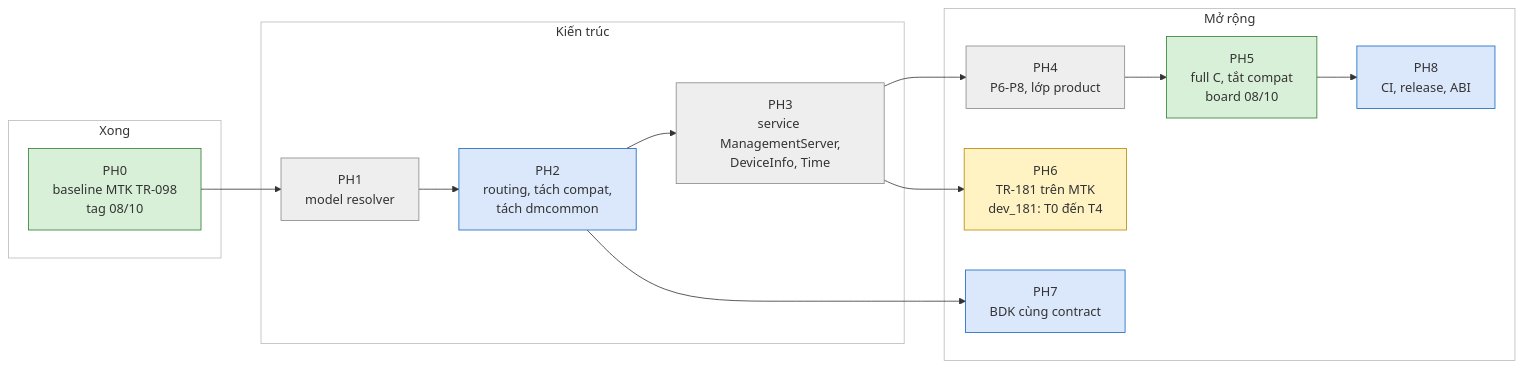
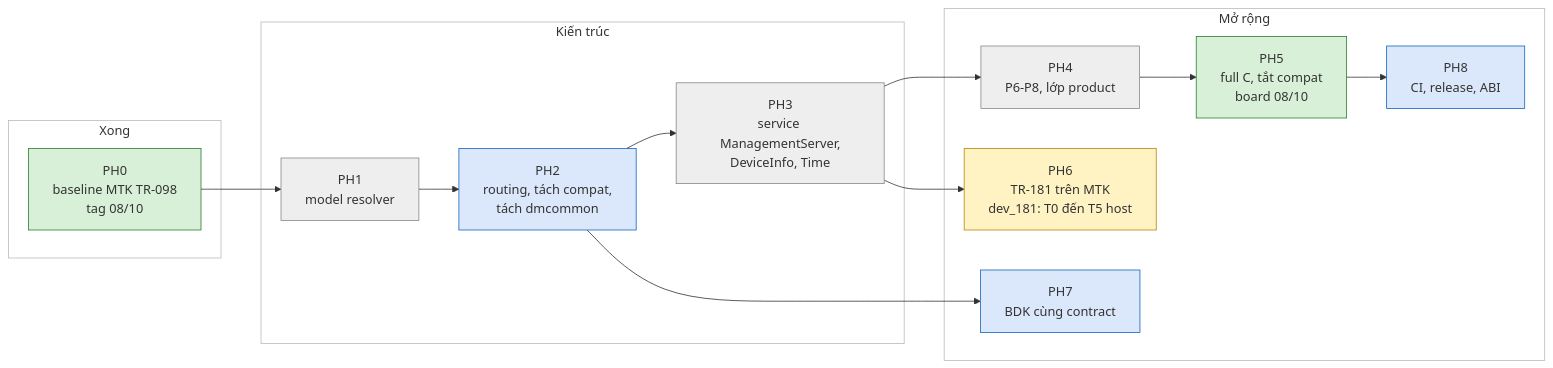
Before and after one commit to tunguyenvanbn94/icwmpMultiSdk: the diagram in docs/handover/icwmp_progress_matrix.md, drawn with Mermaid. The commit also changed other lines of this file and 17 other files, not shown here.

````diff
--- a/docs/handover/icwmp_progress_matrix.md
+++ b/docs/handover/icwmp_progress_matrix.md
@@ -17,34 +17,34 @@
 ```mermaid
 flowchart LR
     subgraph NOW["Xong"]
         PH0["PH0<br/>baseline MTK TR-098<br/>tag 08/10"]
     end
     subgraph NEXT["Kiến trúc"]
         PH1["PH1<br/>model resolver"]
         PH2["PH2<br/>routing, tách compat,<br/>tách dmcommon"]
         PH3["PH3<br/>service ManagementServer,<br/>DeviceInfo, Time"]
     end
     subgraph LATER["Mở rộng"]
         PH4["PH4<br/>P6-P8, lớp product"]
         PH5["PH5<br/>full C, tắt compat<br/>board 08/10"]
-        PH6["PH6<br/>TR-181 trên MTK<br/>dev_181: T0 đến T4"]
+        PH6["PH6<br/>TR-181 trên MTK<br/>dev_181: T0 đến T5 host"]
         PH7["PH7<br/>BDK cùng contract"]
         PH8["PH8<br/>CI, release, ABI"]
     end
     PH0 --> PH1 --> PH2 --> PH3 --> PH4 --> PH5
     PH3 --> PH6
     PH2 --> PH7
     PH5 --> PH8
     style NOW fill:#ffffff,stroke:#bbbbbb
     style NEXT fill:#ffffff,stroke:#bbbbbb
     style LATER fill:#ffffff,stroke:#bbbbbb
     style PH0 fill:#d8f0d8,stroke:#2e7d32
     style PH2 fill:#dbe8fb,stroke:#1565c0
     style PH7 fill:#dbe8fb,stroke:#1565c0
     style PH8 fill:#dbe8fb,stroke:#1565c0
     style PH1 fill:#eeeeee,stroke:#888888
     style PH3 fill:#eeeeee,stroke:#888888
     style PH4 fill:#eeeeee,stroke:#888888
     style PH5 fill:#d8f0d8,stroke:#2e7d32
     style PH6 fill:#fff3c4,stroke:#b58900
 ```
````
